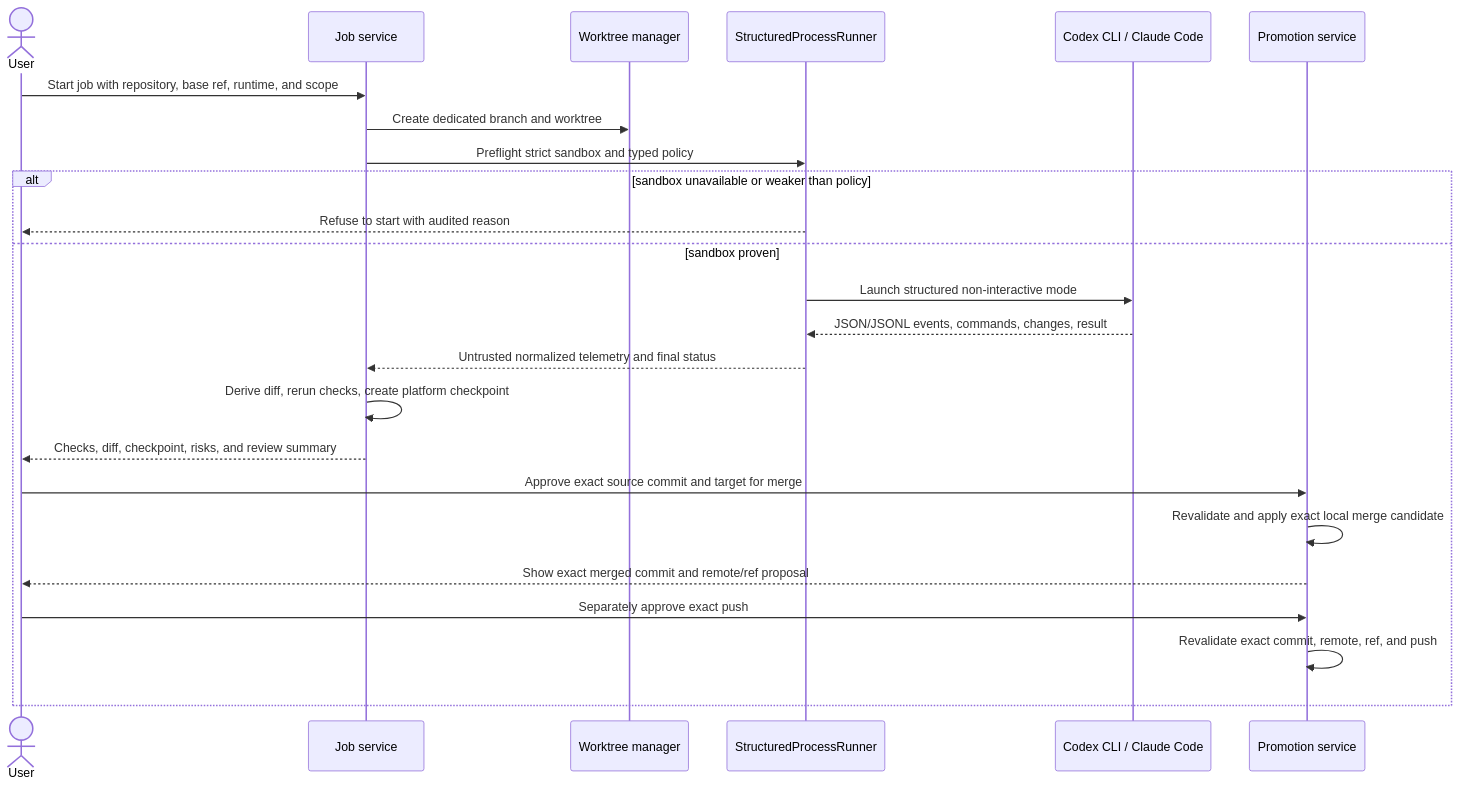
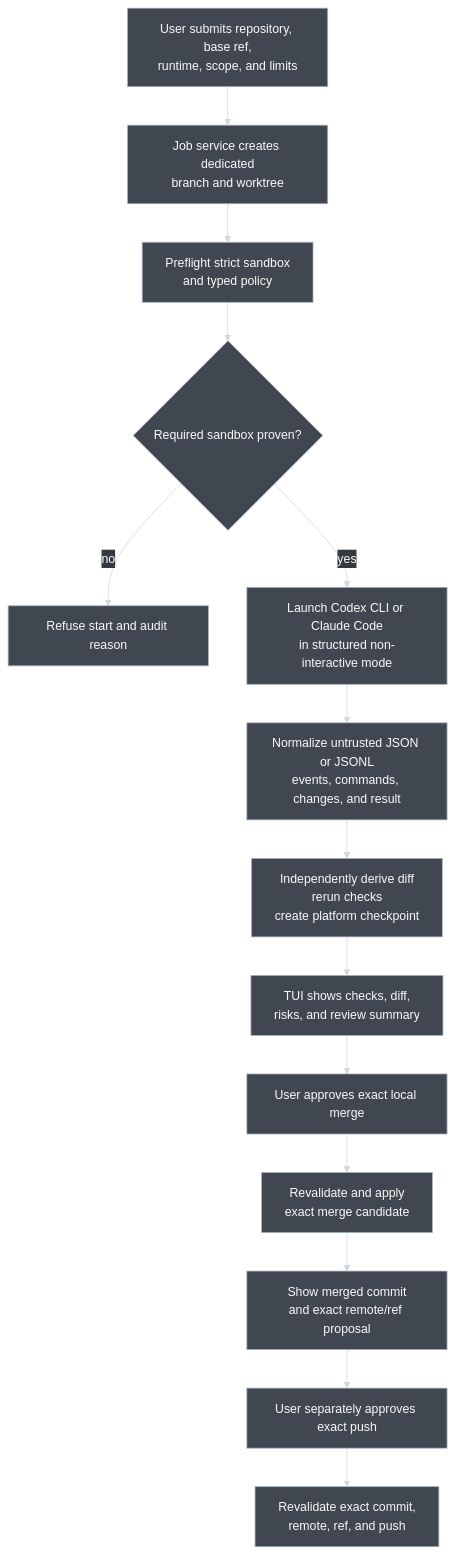
The fifth of 6 diagrams in architecture.md (nsnguyen/ai-stock-forum), drawn with Mermaid before and after one commit. The commit also changed other lines of this file and 1 other file, not shown here.

Commit message:
docs: make full-screen TUI part of version 1

````diff
--- a/architecture.md
+++ b/architecture.md
@@ -532,27 +774,38 @@
 ```mermaid
-sequenceDiagram
-    actor U as User
-    participant J as Job service
-    participant W as Worktree manager
-    participant R as StructuredProcessRunner
-    participant C as Codex CLI / Claude Code
-    participant P as Promotion service
-
-    U->>J: Start job with repository, base ref, runtime, and scope
-    J->>W: Create dedicated branch and worktree
-    J->>R: Preflight strict sandbox and typed policy
-    alt sandbox unavailable or weaker than policy
-        R-->>U: Refuse to start with audited reason
-    else sandbox proven
-        R->>C: Launch structured non-interactive mode
-        C-->>R: JSON/JSONL events, commands, changes, result
-        R-->>J: Untrusted normalized telemetry and final status
-        J->>J: Derive diff, rerun checks, create platform checkpoint
-        J-->>U: Checks, diff, checkpoint, risks, and review summary
-        U->>P: Approve exact source commit and target for merge
-        P->>P: Revalidate and apply exact local merge candidate
-        P-->>U: Show exact merged commit and remote/ref proposal
-        U->>P: Separately approve exact push
-        P->>P: Revalidate exact commit, remote, ref, and push
-    end
+---
+config:
+  theme: base
+  themeCSS: "svg { background-color: #2B2F36 !important; }"
+  themeVariables:
+    darkMode: true
+    background: "#2B2F36"
+    primaryColor: "#414750"
+    primaryTextColor: "#F8F9FA"
+    primaryBorderColor: "#AAB2BD"
+    secondaryColor: "#343A40"
+    secondaryTextColor: "#F8F9FA"
+    secondaryBorderColor: "#9AA4AF"
+    tertiaryColor: "#4B525C"
+    tertiaryTextColor: "#FFFFFF"
+    tertiaryBorderColor: "#C5CCD3"
+    lineColor: "#D0D7DE"
+    textColor: "#F8F9FA"
+    edgeLabelBackground: "#343A40"
+    clusterBkg: "#30353C"
+    clusterBorder: "#8C959F"
+---
+flowchart TB
+    Start["User submits repository, base ref,<br/>runtime, scope, and limits"] --> Worktree["Job service creates dedicated<br/>branch and worktree"]
+    Worktree --> Preflight["Preflight strict sandbox<br/>and typed policy"]
+    Preflight --> Proven{"Required sandbox proven?"}
+    Proven -->|no| Refuse["Refuse start and audit reason"]
+    Proven -->|yes| Launch["Launch Codex CLI or Claude Code<br/>in structured non-interactive mode"]
+    Launch --> Telemetry["Normalize untrusted JSON or JSONL<br/>events, commands, changes, and result"]
+    Telemetry --> Verify["Independently derive diff<br/>rerun checks<br/>create platform checkpoint"]
+    Verify --> Review["TUI shows checks, diff,<br/>risks, and review summary"]
+    Review --> Merge["User approves exact local merge"]
+    Merge --> RevalidateMerge["Revalidate and apply<br/>exact merge candidate"]
+    RevalidateMerge --> PushProposal["Show merged commit<br/>and exact remote/ref proposal"]
+    PushProposal --> Push["User separately approves exact push"]
+    Push --> RevalidatePush["Revalidate exact commit,<br/>remote, ref, and push"]
 ```
````
